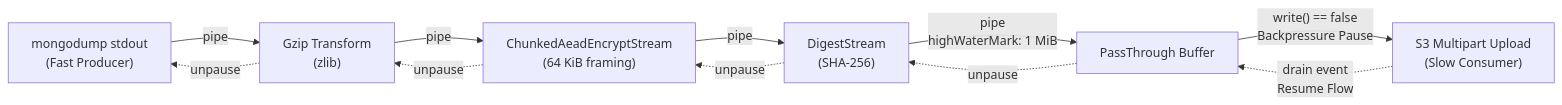
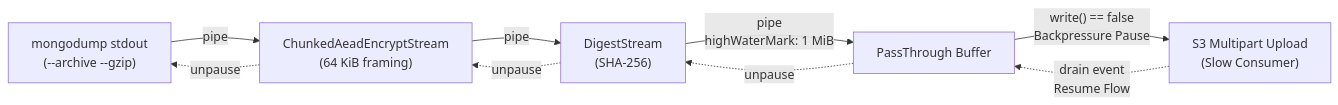
The eighth of 11 diagrams in README.md (bhatbazik/MongoVault), drawn with Mermaid before and after one commit. The commit also changed other lines of this file and 9 other files, not shown here.

Commit message:
refactor: offload gzip compression to mongodump native stream

````diff
--- a/README.md
+++ b/README.md
@@ -819,11 +821,10 @@
 ```mermaid
 flowchart LR
-    A["mongodump stdout<br/>(Fast Producer)"] -->|pipe| B["Gzip Transform<br/>(zlib)"]
-    B -->|pipe| C["ChunkedAeadEncryptStream<br/>(64 KiB framing)"]
-    C -->|pipe| D["DigestStream<br/>(SHA-256)"]
-    D -->|"pipe<br/>highWaterMark: 1 MiB"| E["PassThrough Buffer"]
-    E -->|"write() == false<br/>Backpressure Pause"| F["S3 Multipart Upload<br/>(Slow Consumer)"]
+    A["mongodump stdout<br/>(--archive --gzip)"] -->|pipe| B["ChunkedAeadEncryptStream<br/>(64 KiB framing)"]
+    B -->|pipe| C["DigestStream<br/>(SHA-256)"]
+    C -->|"pipe<br/>highWaterMark: 1 MiB"| D["PassThrough Buffer"]
+    D -->|"write() == false<br/>Backpressure Pause"| E["S3 Multipart Upload<br/>(Slow Consumer)"]
 
-    F -.->|"drain event<br/>Resume Flow"| E
-    E -.->|unpause| D -.->|unpause| C -.->|unpause| B -.->|unpause| A
+    E -.->|"drain event<br/>Resume Flow"| D
+    D -.->|unpause| C -.->|unpause| B -.->|unpause| A
 ```
````
